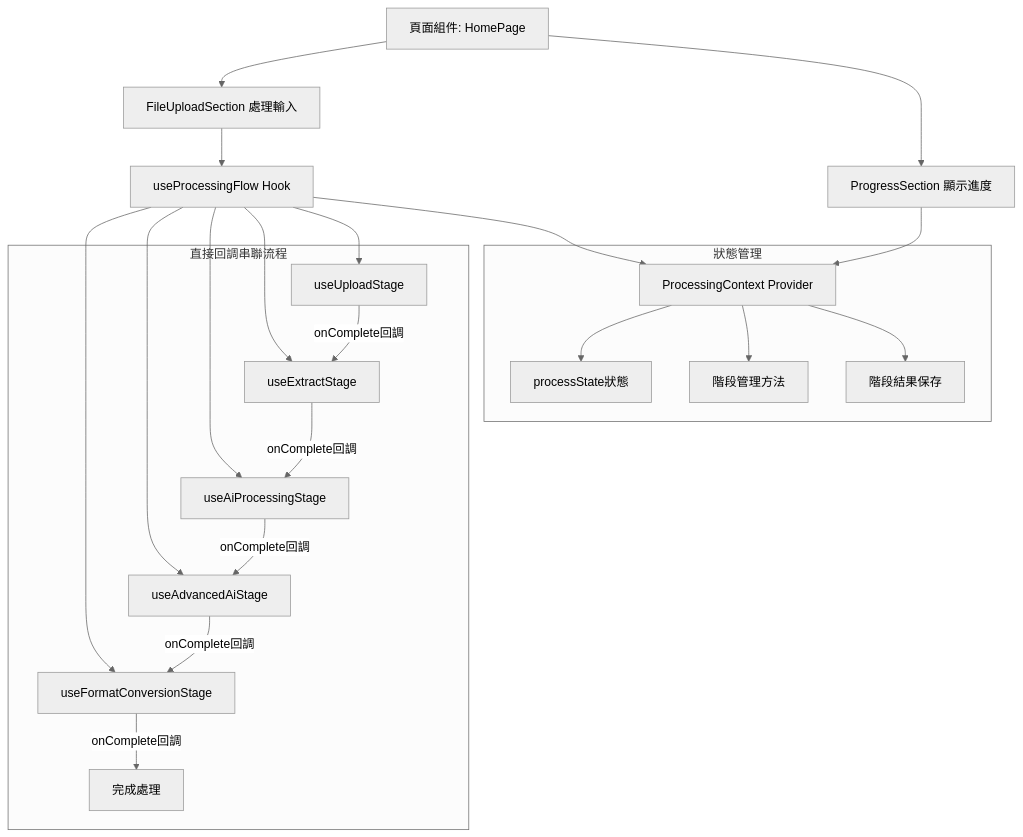
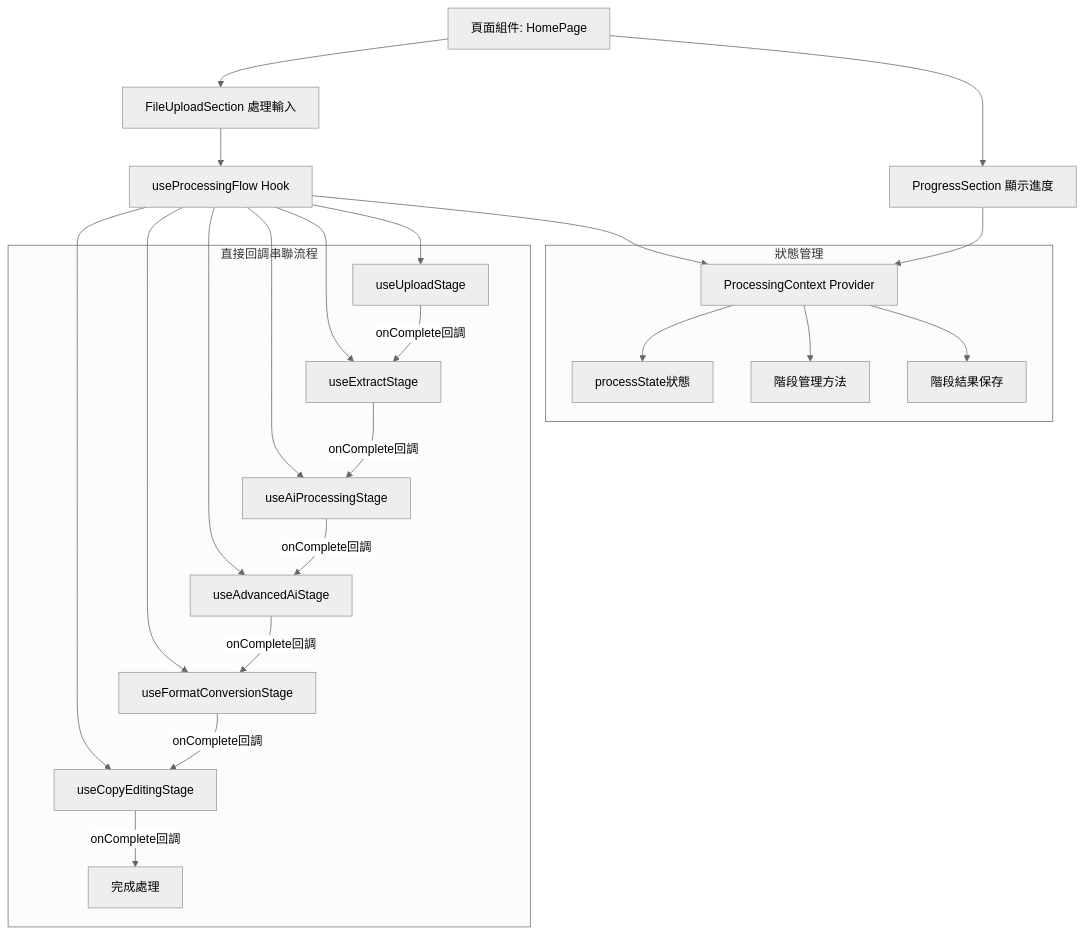
The first of 3 diagrams in docs/processing-flow-analysis.md (darwin7381/auto-article-tools), drawn with Mermaid (neutral theme) before and after one commit. The commit also changed other lines of this file and 3 other files, not shown here.

````diff
--- a/docs/processing-flow-analysis.md
+++ b/docs/processing-flow-analysis.md
@@ -33,33 +34,35 @@
 ```mermaid
 graph TD
     A[頁面組件: HomePage] --> B[FileUploadSection 處理輸入]
     A --> C[ProgressSection 顯示進度]
     
     subgraph 狀態管理
     D[ProcessingContext Provider]
     E[processState狀態]
     F[階段管理方法]
     F1[階段結果保存]
     end
     
     B --> G[useProcessingFlow Hook]
     G --> H[useUploadStage]
     G --> I[useExtractStage]
     G --> J[useAiProcessingStage]
     G --> J1[useAdvancedAiStage]
     G --> J2[useFormatConversionStage]
+    G --> J3[useCopyEditingStage]
     
     G --> D
     C --> D
     D --> E
     D --> F
     D --> F1
     
     subgraph 直接回調串聯流程
     H --> |"onComplete回調"| I
     I --> |"onComplete回調"| J
     J --> |"onComplete回調"| J1
     J1 --> |"onComplete回調"| J2
-    J2 --> |"onComplete回調"| K[完成處理]
+    J2 --> |"onComplete回調"| J3
+    J3 --> |"onComplete回調"| K[完成處理]
     end
 ```
````
